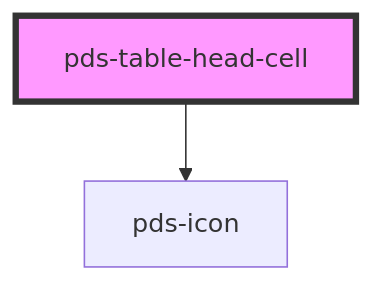
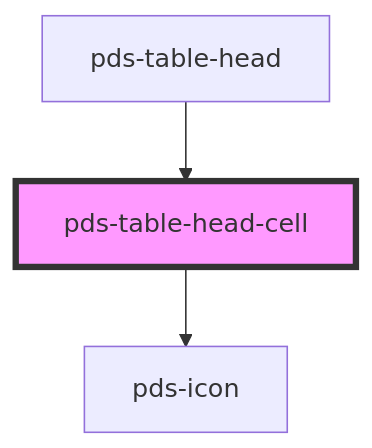
One commit to Kajabi/pine changed the diagram in libs/core/src/components/pds-table/pds-table-head-cell/readme.md. Above: the diagram before and after it, drawn with Mermaid. The commit also changed other lines of this file and 16 other files, not shown here.

Commit message:
refactor(table): remove checkbox cell component

````diff
--- a/libs/core/src/components/pds-table/pds-table-head-cell/readme.md
+++ b/libs/core/src/components/pds-table/pds-table-head-cell/readme.md
@@ -29,5 +33,6 @@
 ```mermaid
 graph TD;
   pds-table-head-cell --> pds-icon
+  pds-table-head --> pds-table-head-cell
   style pds-table-head-cell fill:#f9f,stroke:#333,stroke-width:4px
 ```
````
